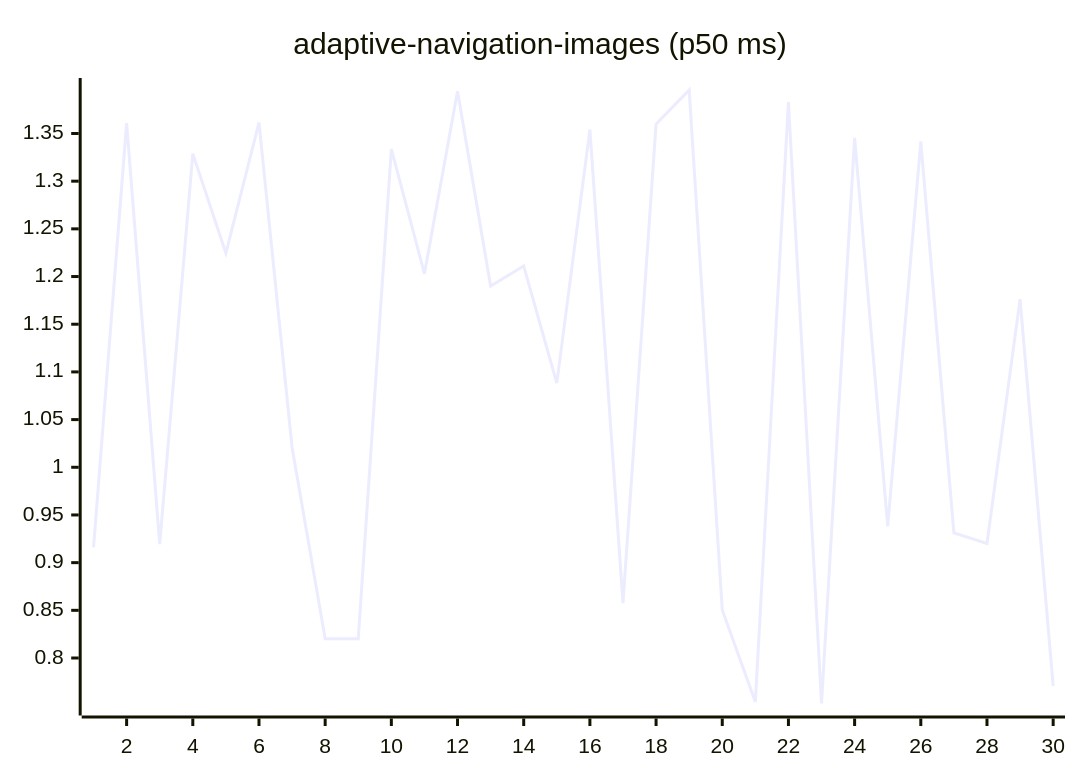
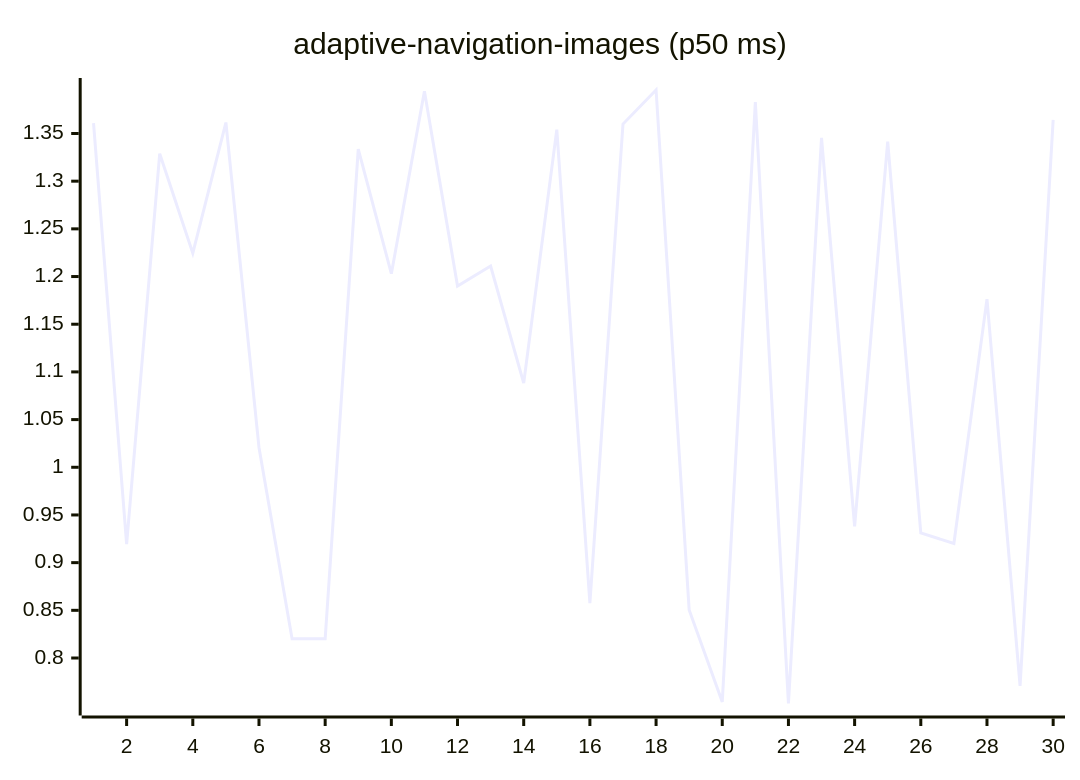
One commit to josha/Facet changed the first of 27 diagrams in README.md. Above: the diagram before and after it, drawn with Mermaid. The commit also changed other lines of this file and 2 other files, not shown here.

````diff
--- a/README.md
+++ b/README.md
@@ -63,6 +63,6 @@
 ```mermaid
 xychart-beta
     title "adaptive-navigation-images (p50 ms)"
     x-axis 1 --> 30
-    line [0.9159, 1.3609, 0.9193, 1.3288, 1.2245, 1.3615, 1.0208, 0.8202, 0.8203, 1.3336, 1.2030, 1.3942, 1.1900, 1.2110, 1.0882, 1.3541, 0.8576, 1.3599, 1.3956, 0.8504, 0.7540, 1.3829, 0.7523, 1.3455, 0.9380, 1.3415, 0.9312, 0.9201, 1.1763, 0.7707]
+    line [1.3609, 0.9193, 1.3288, 1.2245, 1.3615, 1.0208, 0.8202, 0.8203, 1.3336, 1.2030, 1.3942, 1.1900, 1.2110, 1.0882, 1.3541, 0.8576, 1.3599, 1.3956, 0.8504, 0.7540, 1.3829, 0.7523, 1.3455, 0.9380, 1.3415, 0.9312, 0.9201, 1.1763, 0.7707, 1.3642]
 ```
````
